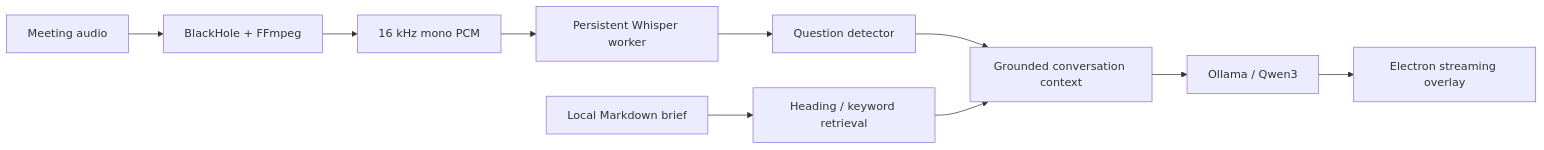
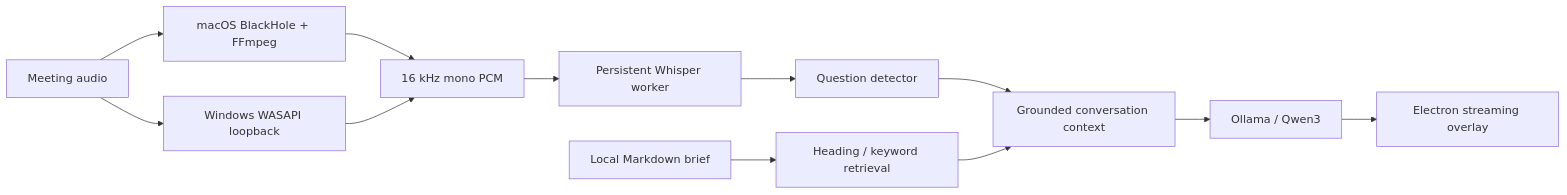
The diagram in README.md (awanafnan17/OpenCluely), drawn with Mermaid before and after one commit. The commit also changed other lines of this file and 20 other files, not shown here.

Commit message:
Add documented Windows live audio support

````diff
--- a/README.md
+++ b/README.md
@@ -99,12 +116,14 @@
 ```mermaid
 flowchart LR
-    Audio[Meeting audio] --> BH[BlackHole + FFmpeg]
-    BH --> PCM[16 kHz mono PCM]
+    Audio[Meeting audio] --> Mac[macOS BlackHole + FFmpeg]
+    Audio --> Windows[Windows WASAPI loopback]
+    Mac --> PCM[16 kHz mono PCM]
+    Windows --> PCM
     PCM --> Whisper[Persistent Whisper worker]
     Whisper --> Q[Question detector]
     Brief[Local Markdown brief] --> Retrieve[Heading / keyword retrieval]
     Q --> Context[Grounded conversation context]
     Retrieve --> Context
     Context --> Ollama[Ollama / Qwen3]
     Ollama --> UI[Electron streaming overlay]
 ```
````
